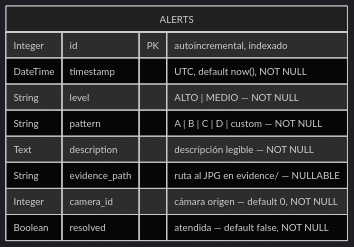
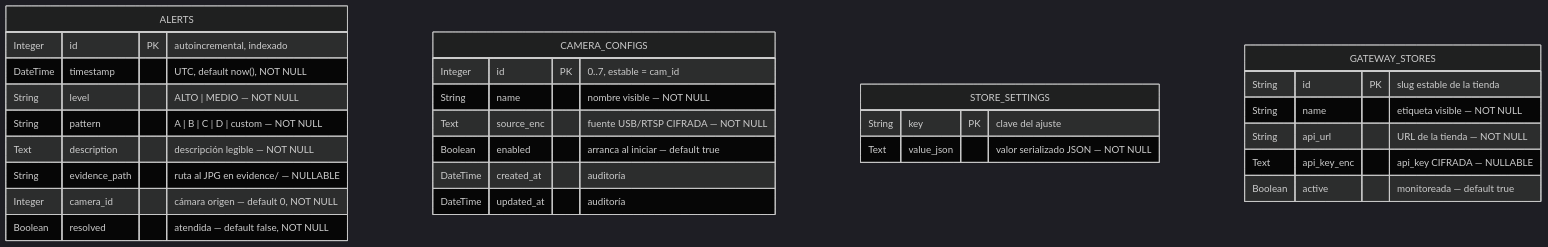
Before and after one commit to msolano/ShopGuard-finalproject: the diagram in readme.md, drawn with Mermaid (dark theme). The commit also changed other lines of this file and 4 other files, not shown here.

````diff
--- a/readme.md
+++ b/readme.md
@@ -319,13 +502,32 @@
 ```mermaid
 erDiagram
     ALERTS {
         Integer  id            PK "autoincremental, indexado"
         DateTime timestamp        "UTC, default now(), NOT NULL"
         String   level            "ALTO | MEDIO — NOT NULL"
         String   pattern          "A | B | C | D | custom — NOT NULL"
         Text     description      "descripción legible — NOT NULL"
         String   evidence_path    "ruta al JPG en evidence/ — NULLABLE"
         Integer  camera_id        "cámara origen — default 0, NOT NULL"
         Boolean  resolved         "atendida — default false, NOT NULL"
     }
+    CAMERA_CONFIGS {
+        Integer  id            PK "0..7, estable = cam_id"
+        String   name             "nombre visible — NOT NULL"
+        Text     source_enc       "fuente USB/RTSP CIFRADA — NOT NULL"
+        Boolean  enabled          "arranca al iniciar — default true"
+        DateTime created_at        "auditoría"
+        DateTime updated_at        "auditoría"
+    }
+    STORE_SETTINGS {
+        String key            PK "clave del ajuste"
+        Text   value_json        "valor serializado JSON — NOT NULL"
+    }
+    GATEWAY_STORES {
+        String  id            PK "slug estable de la tienda"
+        String  name             "etiqueta visible — NOT NULL"
+        String  api_url          "URL de la tienda — NOT NULL"
+        Text    api_key_enc      "api_key CIFRADA — NULLABLE"
+        Boolean active           "monitoreada — default true"
+    }
 ```
````
